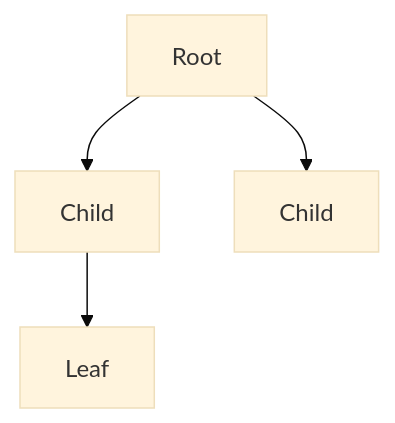
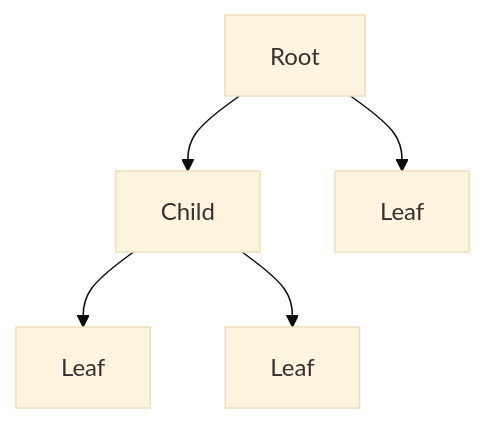
One commit to xolghadr/dsa-guide changed diagram 14 of 19 in ReadMe.md. Above: the diagram before and after it, drawn with Mermaid (base theme). The commit also changed other lines of this file, not shown here.

````diff
--- a/ReadMe.md
+++ b/ReadMe.md
@@ -659,6 +745,7 @@
 ```mermaid
 flowchart TD
-    root[Root] --> left[Child]
-    root --> right[Child]
-    left --> leaf[Leaf]
+    root[Root] --> child[Child]
+    root --> leafA[Leaf]
+    child --> leafB[Leaf]
+    child --> leafC[Leaf]
 ```
````
